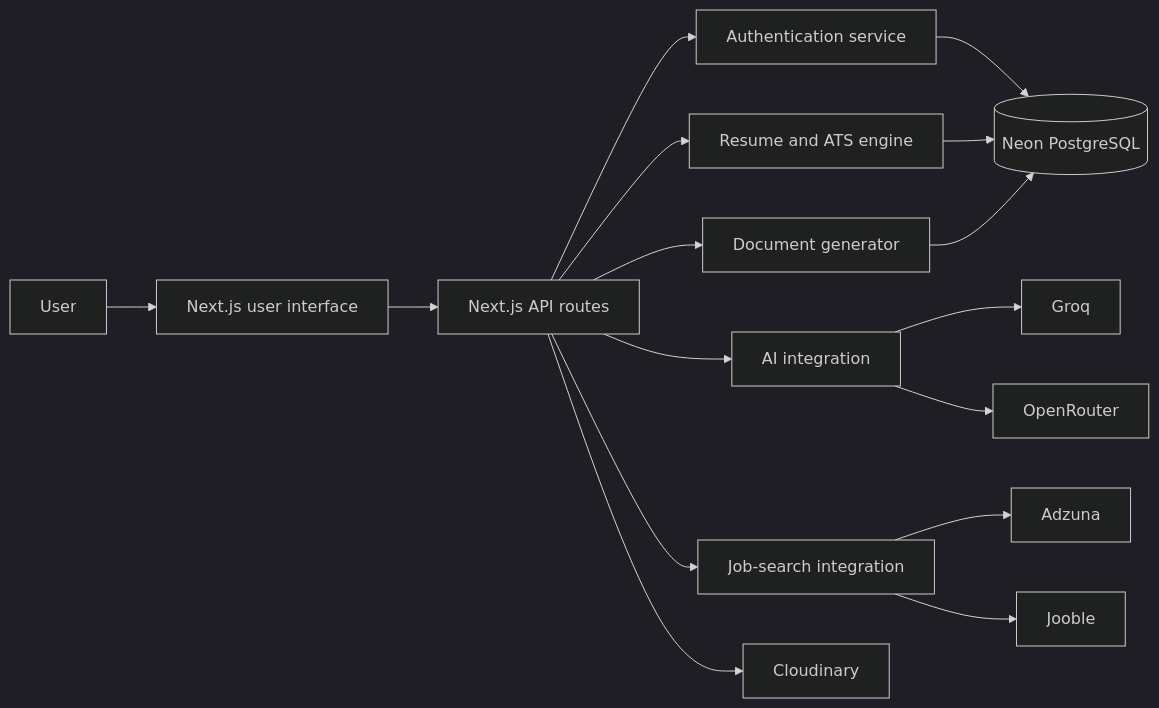
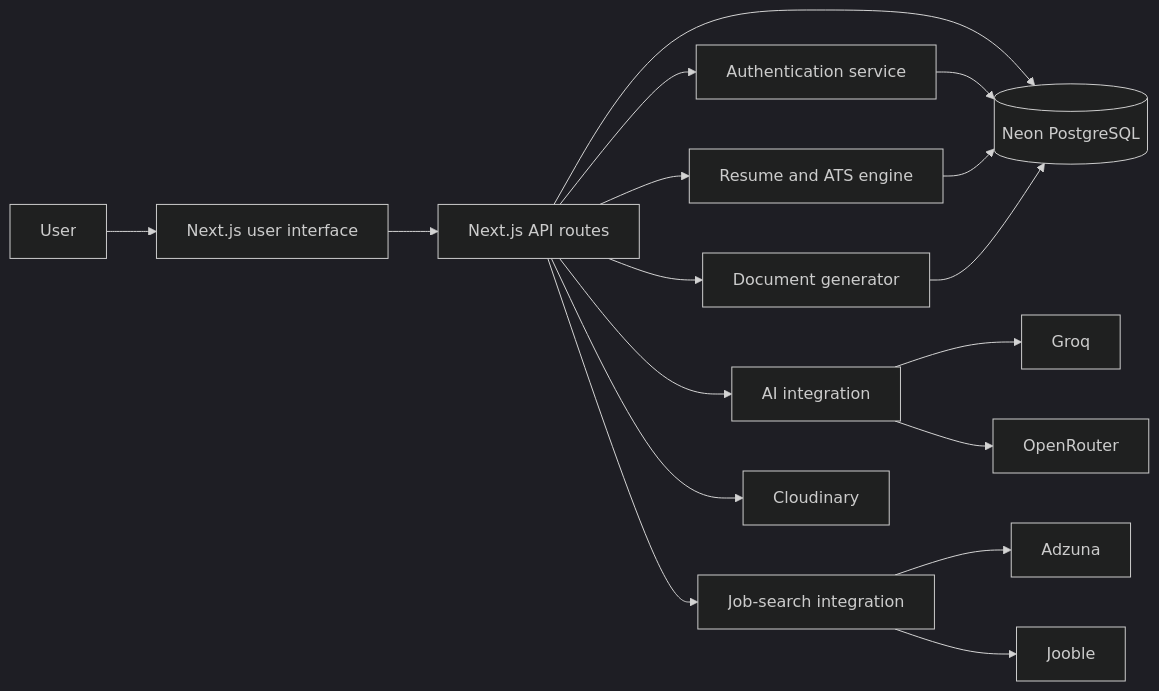
Before and after one commit to srijabiswas-01/AI-Powered-Career-Intelligence-Platform: the second of 2 diagrams in README.md, drawn with Mermaid (dark theme). The commit also changed other lines of this file, not shown here.

````diff
--- a/README.md
+++ b/README.md
@@ -348,18 +360,19 @@
 ```mermaid
 flowchart LR
     U[User] --> UI[Next.js user interface]
     UI --> API[Next.js API routes]
     API --> AUTH[Authentication service]
     API --> ATS[Resume and ATS engine]
     API --> AI[AI integration]
     API --> JOBS[Job-search integration]
     API --> DOCS[Document generator]
-    AUTH --> DB[(Neon PostgreSQL)]
+    API --> DB[(Neon PostgreSQL)]
+    API --> CL[Cloudinary]
+    AUTH --> DB
     ATS --> DB
     DOCS --> DB
     AI --> GROQ[Groq]
     AI --> OR[OpenRouter]
     JOBS --> AD[Adzuna]
     JOBS --> JO[Jooble]
-    API --> CL[Cloudinary]
 ```
````
